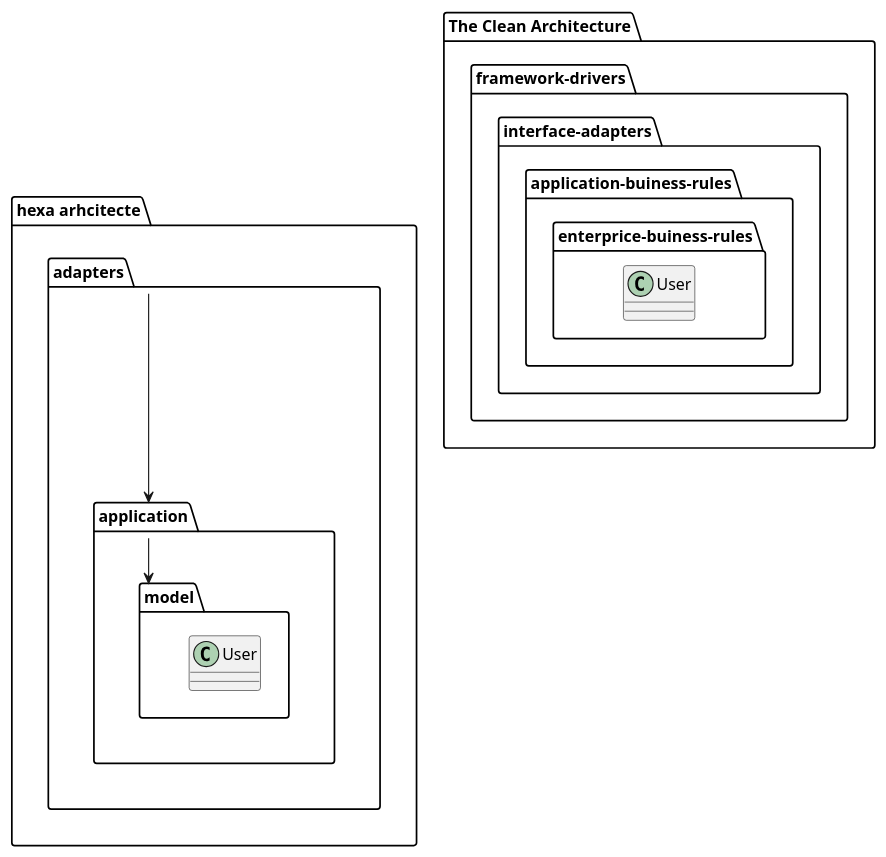
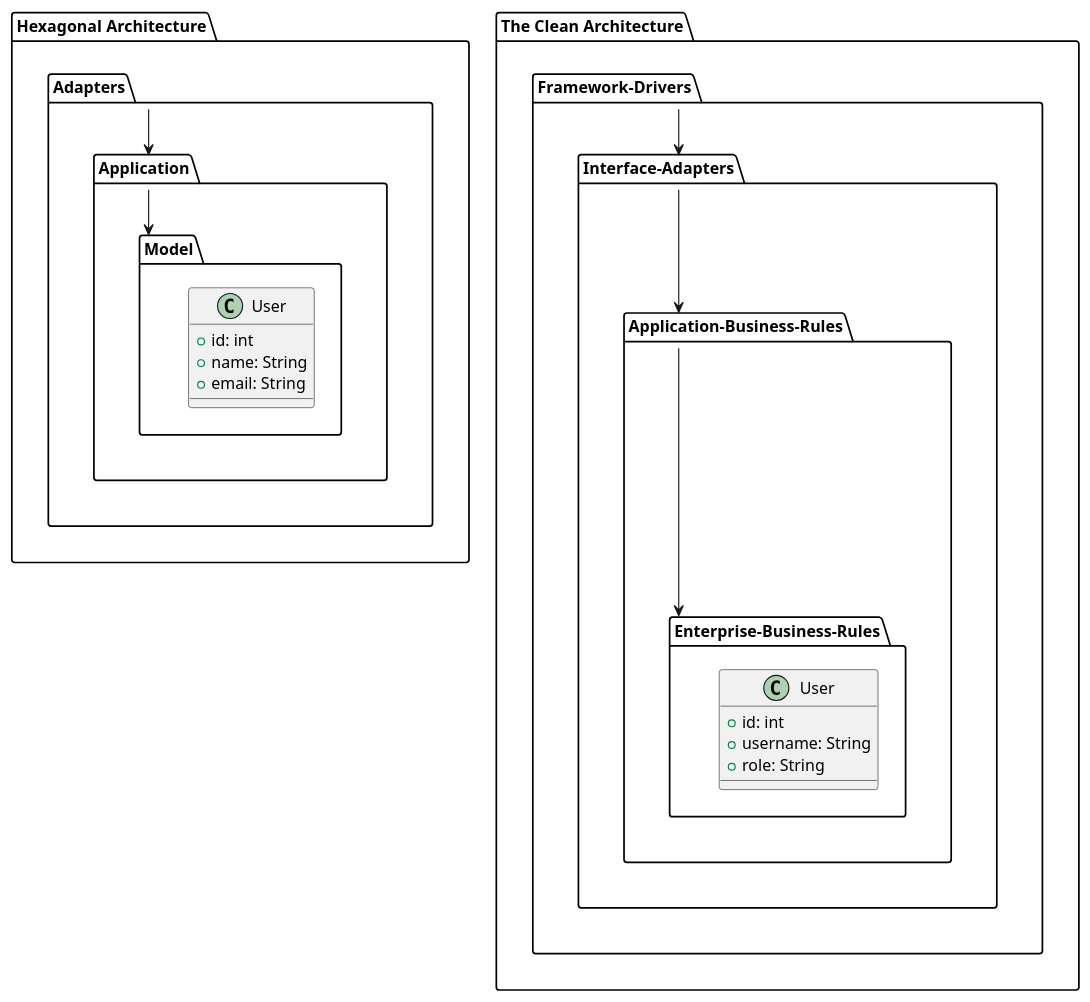
One commit to punkratz312/clean-architecture changed the diagram in uml.plantuml. Above: the diagram before and after it, drawn with PlantUML.

```diff
--- a/uml.plantuml
+++ b/uml.plantuml
@@ -1,33 +1,40 @@
 @startuml
 skinparam linetype ortho
-package "hexa arhcitecte" as hexa {
-package adapters {
-    package application {
-        package model {
-            class User {
+
+package "Hexagonal Architecture" as hexa {
+    package "Adapters" as adapters {
+        package "Application" as application {
+            package "Model" as model {
+                class User {
+                    +id: int
+                    +name: String
+                    +email: String
+                }
             }
         }
     }
 }
-}
+
 package "The Clean Architecture" as ca {
-package "framework-drivers" as fa {
-    package "interface-adapters" as ia {
-    package "application-buiness-rules" {
-        package "enterprice-buiness-rules" as apprules {
-                class User {
-
-        }
+    package "Framework-Drivers" as fa {
+        package "Interface-Adapters" as ia {
+            package "Application-Business-Rules" as apprules {
+                package "Enterprise-Business-Rules" as ebr {
+                    class User {
+                        +id: int
+                        +username: String
+                        +role: String
+                    }
+                }
+            }
         }
     }
-    }
 }
-}
+
 adapters --> application
 application --> model
-'model .[#red].> application
-'application .[#red].> User
-'application .[#red].> adapters
-'adapters .[#red].> model
-'adapters .[#red].> User
+
+fa --> ia
+ia --> apprules
+apprules --> ebr
 @enduml
```
